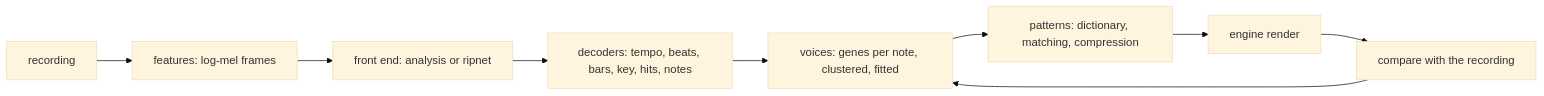
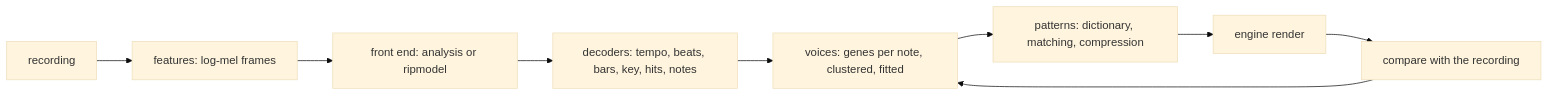
Before and after one commit to lixenwraith/vif: the diagram in doc/rip-design.md, drawn with Mermaid (base theme). The commit also changed other lines of this file and 18 other files, not shown here.

````diff
--- a/doc/rip-design.md
+++ b/doc/rip-design.md
@@ -19,11 +19,11 @@
 ```mermaid
 flowchart LR
     A["recording"] --> B["features: log-mel frames"]
-    B --> C["front end: analysis or ripnet"]
+    B --> C["front end: analysis or ripmodel"]
     C --> D["decoders: tempo, beats, bars, key, hits, notes"]
     D --> E["voices: genes per note, clustered, fitted"]
     E --> F["patterns: dictionary, matching, compression"]
     F --> G["engine render"]
     G --> H["compare with the recording"]
     H --> E
 ```
````
